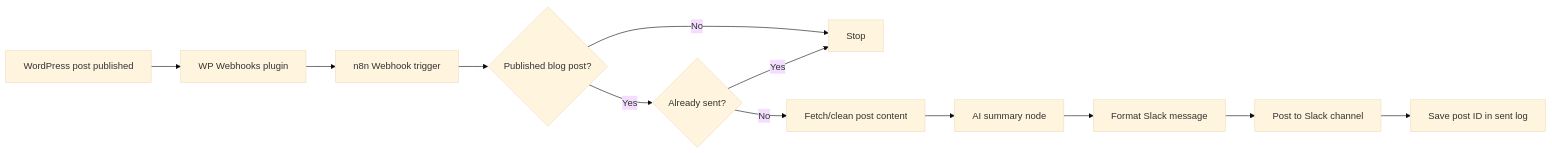
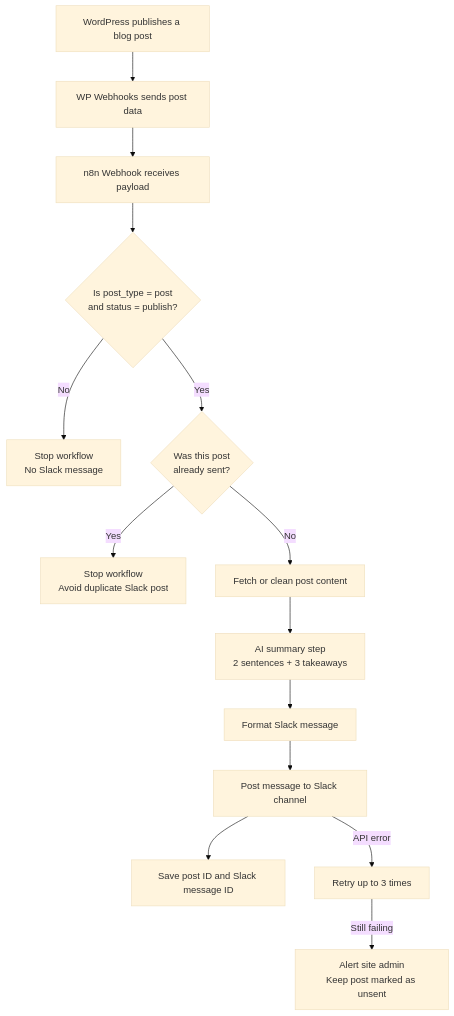
The diagram in 04-ai-automations/submission/automation-sketch.md (ayoub21dev/rmd-test-ayoub-jalyta), drawn with Mermaid (base theme) before and after one commit. The commit also changed other lines of this file and 2 other files, not shown here.

Commit message:
Refactor code structure for improved readability and maintainability

````diff
--- a/04-ai-automations/submission/automation-sketch.md
+++ b/04-ai-automations/submission/automation-sketch.md
@@ -43,14 +49,20 @@
 ```mermaid
-flowchart LR
-    A[WordPress post published] --> B[WP Webhooks plugin]
-    B --> C[n8n Webhook trigger]
-    C --> D{Published blog post?}
-    D -- No --> E[Stop]
-    D -- Yes --> F{Already sent?}
-    F -- Yes --> E
-    F -- No --> G[Fetch/clean post content]
-    G --> H[AI summary node]
-    H --> I[Format Slack message]
-    I --> J[Post to Slack channel]
-    J --> K[Save post ID in sent log]
+flowchart TD
+    A[WordPress publishes a blog post] --> B[WP Webhooks sends post data]
+    B --> C[n8n Webhook receives payload]
+    C --> D{Is post_type = post<br/>and status = publish?}
+
+    D -- No --> E[Stop workflow<br/>No Slack message]
+    D -- Yes --> F{Was this post<br/>already sent?}
+
+    F -- Yes --> G[Stop workflow<br/>Avoid duplicate Slack post]
+    F -- No --> H[Fetch or clean post content]
+
+    H --> I[AI summary step<br/>2 sentences + 3 takeaways]
+    I --> J[Format Slack message]
+    J --> K[Post message to Slack channel]
+    K --> L[Save post ID and Slack message ID]
+
+    K -- API error --> M[Retry up to 3 times]
+    M -- Still failing --> N[Alert site admin<br/>Keep post marked as unsent]
 ```
````
